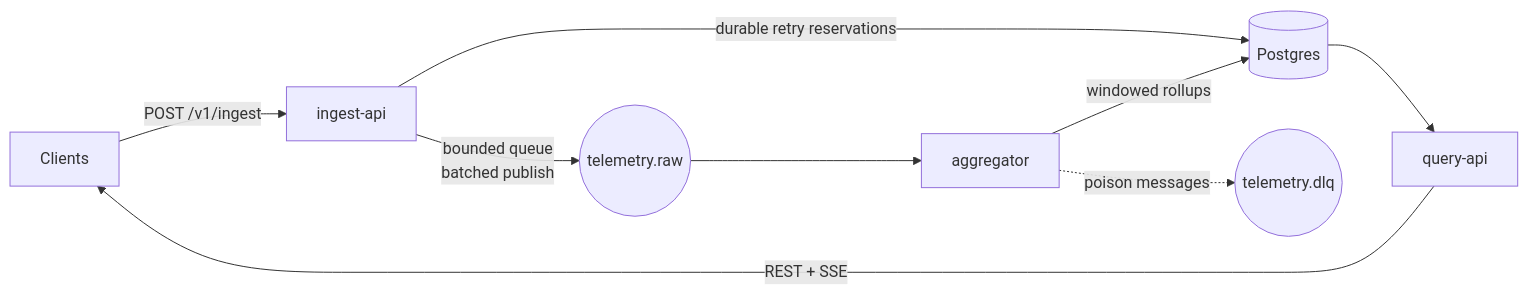
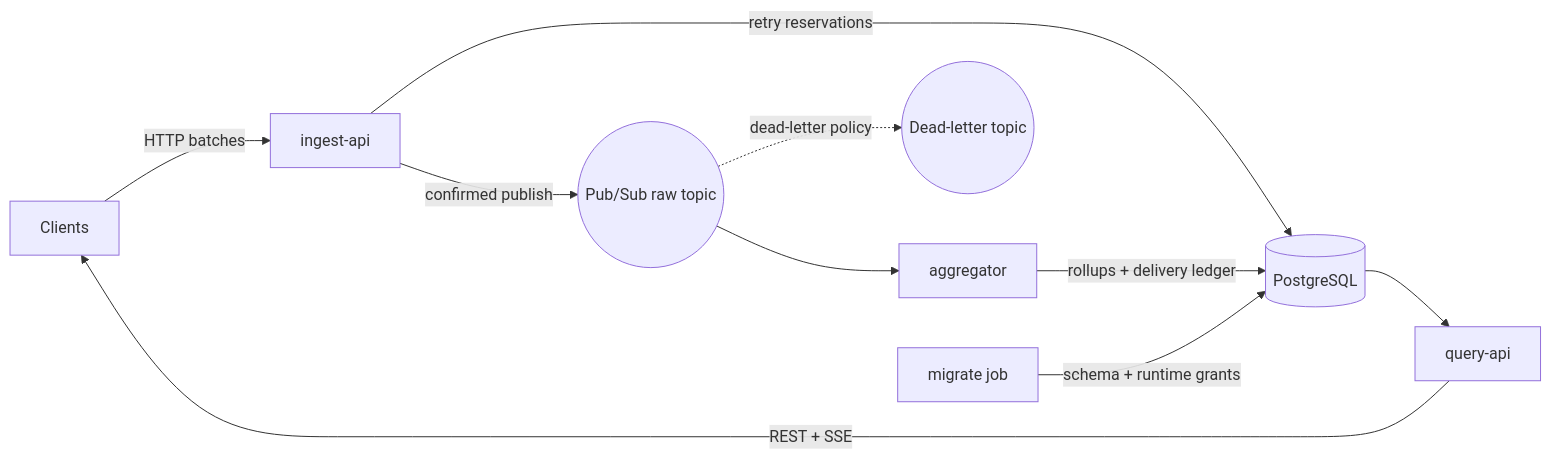
Before and after one commit to jon-jc/fluxgate: the diagram in README.md, drawn with Mermaid. The commit also changed other lines of this file, not shown here.

````diff
--- a/README.md
+++ b/README.md
@@ -12,11 +116,12 @@
 ```mermaid
 flowchart LR
-    C[Clients] -->|POST /v1/ingest| I[ingest-api]
-    I -->|bounded queue<br/>batched publish| T((telemetry.raw))
-    I -->|durable retry reservations| P[(Postgres)]
+    C[Clients] -->|HTTP batches| I[ingest-api]
+    I -->|retry reservations| P[(PostgreSQL)]
+    I -->|confirmed publish| T((Pub/Sub raw topic))
     T --> A[aggregator]
-    A -->|windowed rollups| P[(Postgres)]
-    A -.->|poison messages| D((telemetry.dlq))
+    T -.->|dead-letter policy| D((Dead-letter topic))
+    A -->|rollups + delivery ledger| P
     P --> Q[query-api]
     Q -->|REST + SSE| C
+    M[migrate job] -->|schema + runtime grants| P
 ```
````
